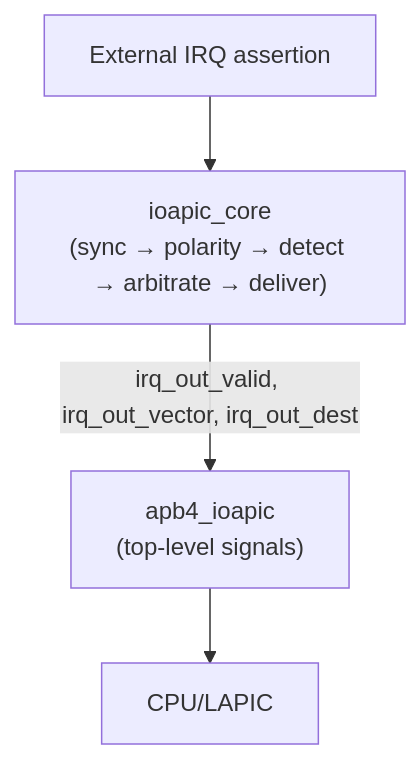
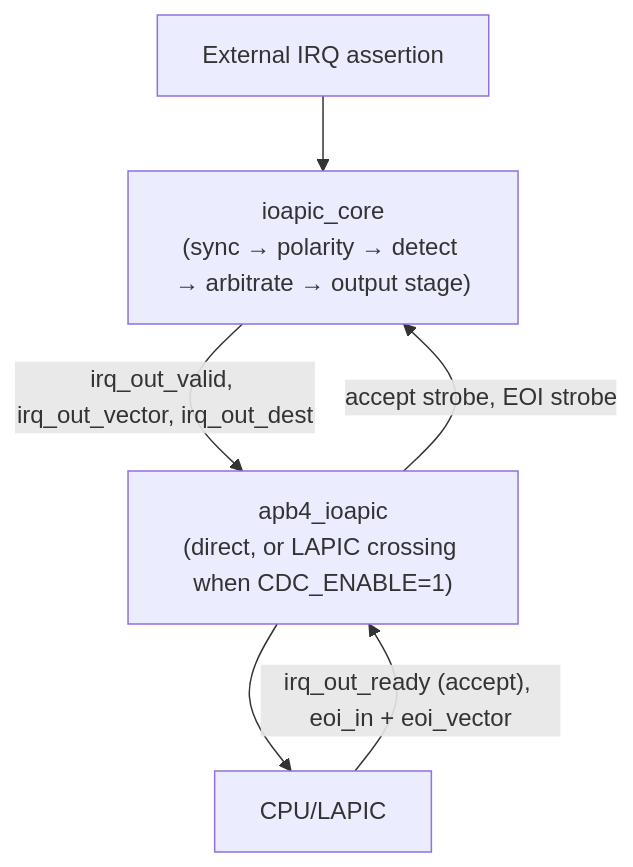
One commit to sean-galloway/RTLDesignSherpa changed the third of 3 diagrams in projects/components/retro_legacy_blocks/docs/ioapic_mas/ch02_blocks/00_overview.md. Above: the diagram before and after it, drawn with Mermaid. The commit also changed other lines of this file and 26 other files, not shown here.

First line of the commit message:
fix(rlb/ioapic): one delivery per edge, per-pin in-service, delivered-vector EOI, strict decode (#48)

````diff
--- a/projects/components/retro_legacy_blocks/docs/ioapic_mas/ch02_blocks/00_overview.md
+++ b/projects/components/retro_legacy_blocks/docs/ioapic_mas/ch02_blocks/00_overview.md
@@ -116,6 +125,8 @@
 ```mermaid
 flowchart TD
-    A["External IRQ assertion"] --> B["ioapic_core<br/>(sync → polarity → detect → arbitrate → deliver)"]
-    B -->|"irq_out_valid, irq_out_vector, irq_out_dest"| C["apb4_ioapic<br/>(top-level signals)"]
+    A["External IRQ assertion"] --> B["ioapic_core<br/>(sync → polarity → detect → arbitrate → output stage)"]
+    B -->|"irq_out_valid, irq_out_vector, irq_out_dest"| C["apb4_ioapic<br/>(direct, or LAPIC crossing when CDC_ENABLE=1)"]
     C --> D["CPU/LAPIC"]
+    D -->|"irq_out_ready (accept), eoi_in + eoi_vector"| C
+    C -->|"accept strobe, EOI strobe"| B
 ```
````
